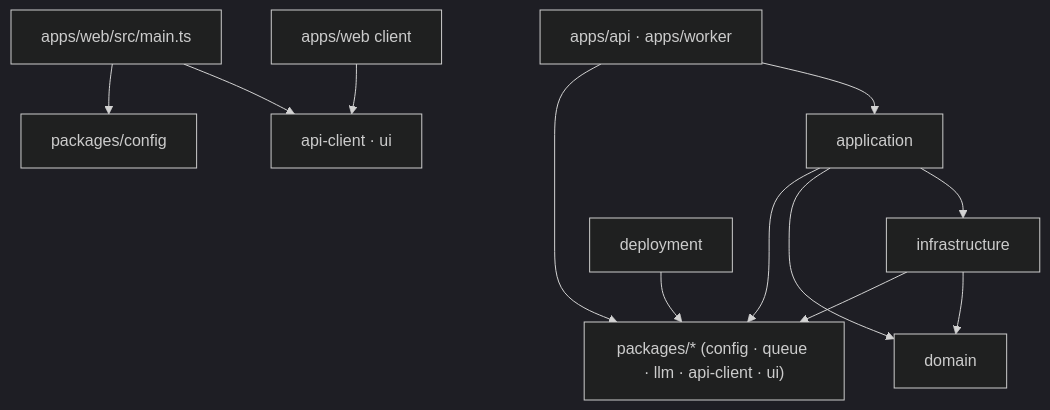
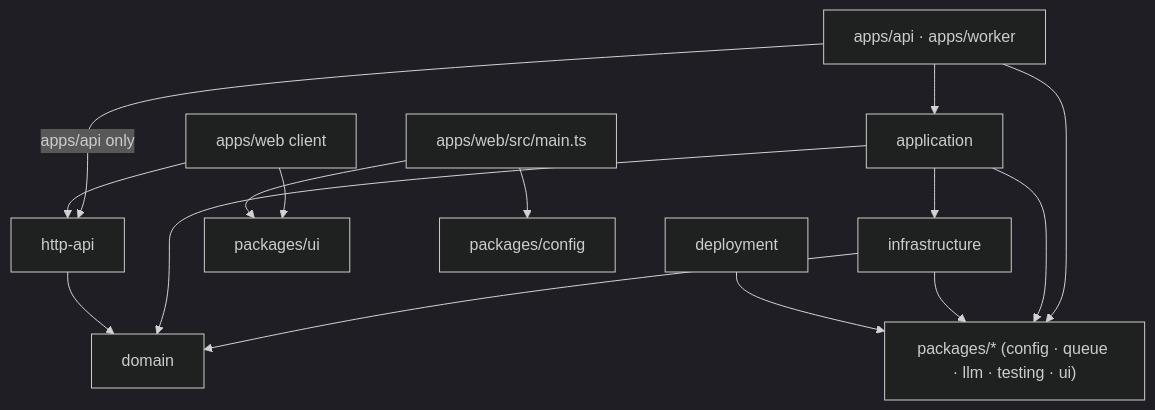
One commit to khotei/app-template changed the diagram in docs/knowledge/architecture.md. Above: the diagram before and after it, drawn with Mermaid (dark theme). The commit also changed other lines of this file and 194 other files, not shown here.

````diff
--- a/docs/knowledge/architecture.md
+++ b/docs/knowledge/architecture.md
@@ -9,14 +9,17 @@
 ```mermaid
 graph TD
   apps["apps/api · apps/worker"] --> application
   application --> infrastructure
   infrastructure --> domain
   application --> domain
-  apps --> packages["packages/* (config · queue · llm · api-client · ui)"]
+  apps -->|"apps/api only"| httpApi["http-api"]
+  httpApi --> domain
+  apps --> packages["packages/* (config · queue · llm · testing · ui)"]
   application --> packages
   infrastructure --> packages
-  web["apps/web client"] --> clientPkgs["api-client · ui"]
-  webMain["apps/web/src/main.ts"] --> clientPkgs
+  web["apps/web client"] --> httpApi
+  web --> ui["packages/ui"]
+  webMain["apps/web/src/main.ts"] --> ui
   webMain --> config["packages/config"]
   deployment --> packages
 ```
````
